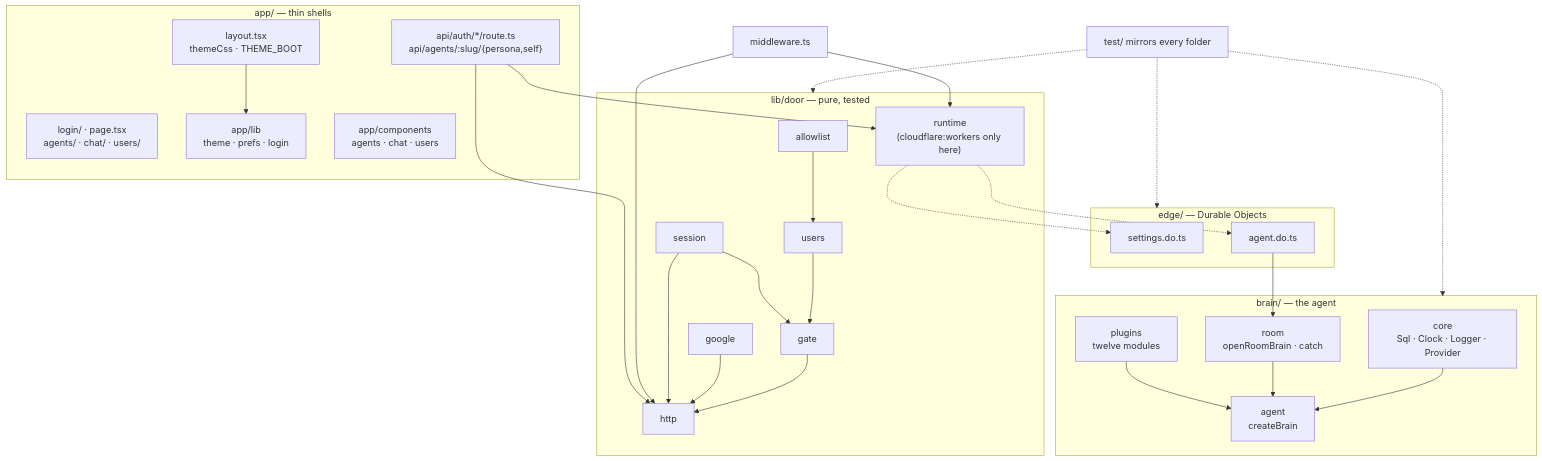
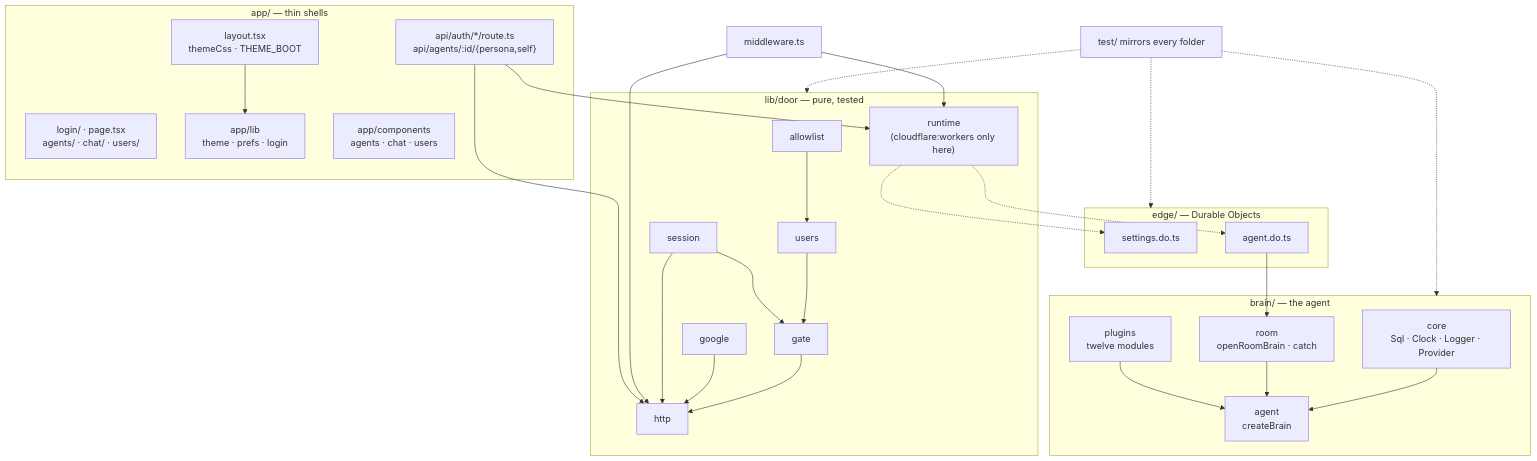
Before and after one commit to shotah/gantree2: diagram 11 of 11 in docs/architecture.md, drawn with Mermaid. The commit also changed other lines of this file and 103 other files, not shown here.

````diff
--- a/docs/architecture.md
+++ b/docs/architecture.md
@@ -389,39 +415,39 @@
 ```mermaid
 flowchart TB
   subgraph app["app/ — thin shells"]
     LAYOUT[layout.tsx<br/>themeCss · THEME_BOOT]
     PAGES["login/ · page.tsx<br/>agents/ · chat/ · users/"]
-    API["api/auth/*/route.ts<br/>api/agents/:slug/{persona,self}"]
+    API["api/auth/*/route.ts<br/>api/agents/:id/{persona,self}"]
     ALIB["app/lib<br/>theme · prefs · login"]
     COMP["app/components<br/>agents · chat · users"]
   end
   subgraph door["lib/door — pure, tested"]
     ALLOW[allowlist] --> USERS[users] --> GATE[gate] --> HTTP[http]
     GOOGLE[google] --> HTTP
     SESSION[session] --> GATE
     SESSION --> HTTP
     RT["runtime<br/>(cloudflare:workers only here)"]
   end
   subgraph brain["brain/ — the agent"]
     CORE[core<br/>Sql · Clock · Logger · Provider]
     LOOP[agent<br/>createBrain]
     ROOM[room<br/>openRoomBrain · catch]
     PLUG[plugins<br/>twelve modules]
     CORE --> LOOP
     ROOM --> LOOP
     PLUG --> LOOP
   end
   subgraph edge["edge/ — Durable Objects"]
     SDO[settings.do.ts]
     ADO[agent.do.ts]
   end
   MW[middleware.ts] --> HTTP
   MW --> RT
   API --> HTTP
   API --> RT
   RT -.-> SDO
   RT -.-> ADO
   ADO --> ROOM
   LAYOUT --> ALIB
   TEST["test/ mirrors every folder"] -.-> door & brain & edge
 ```
````
